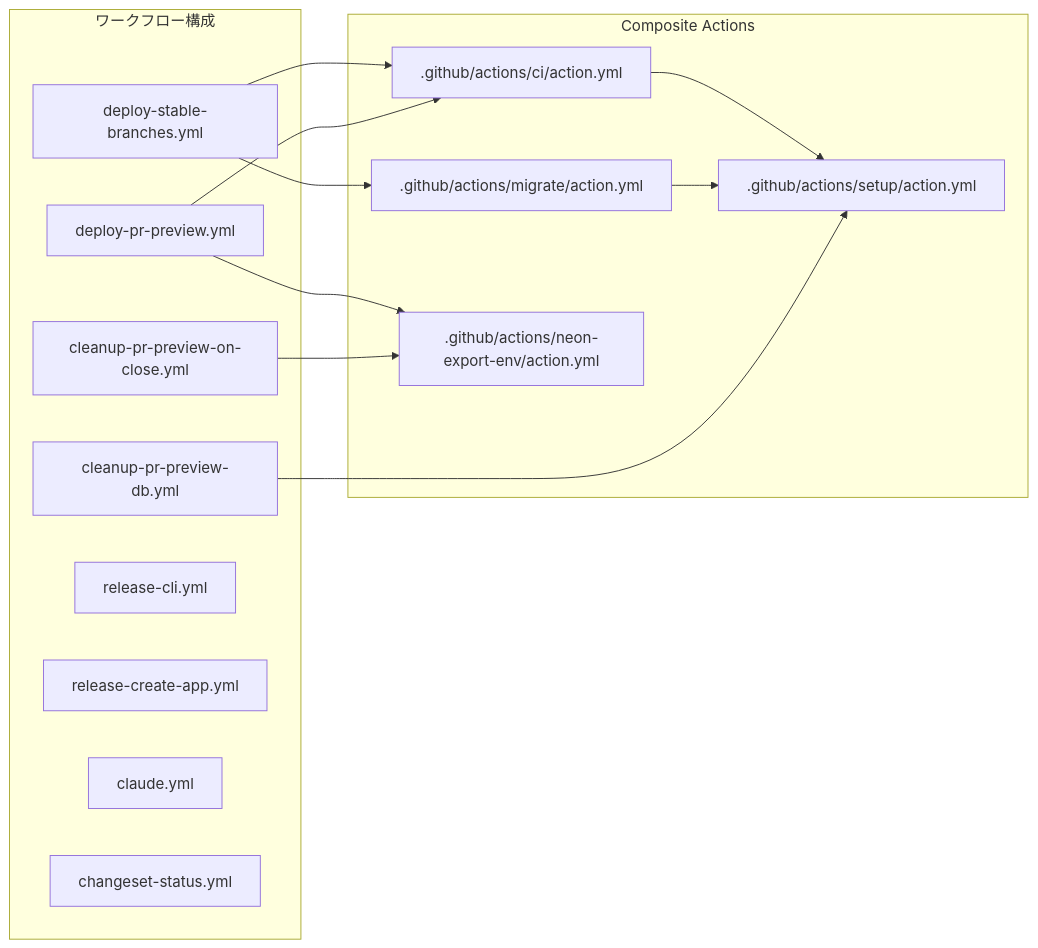
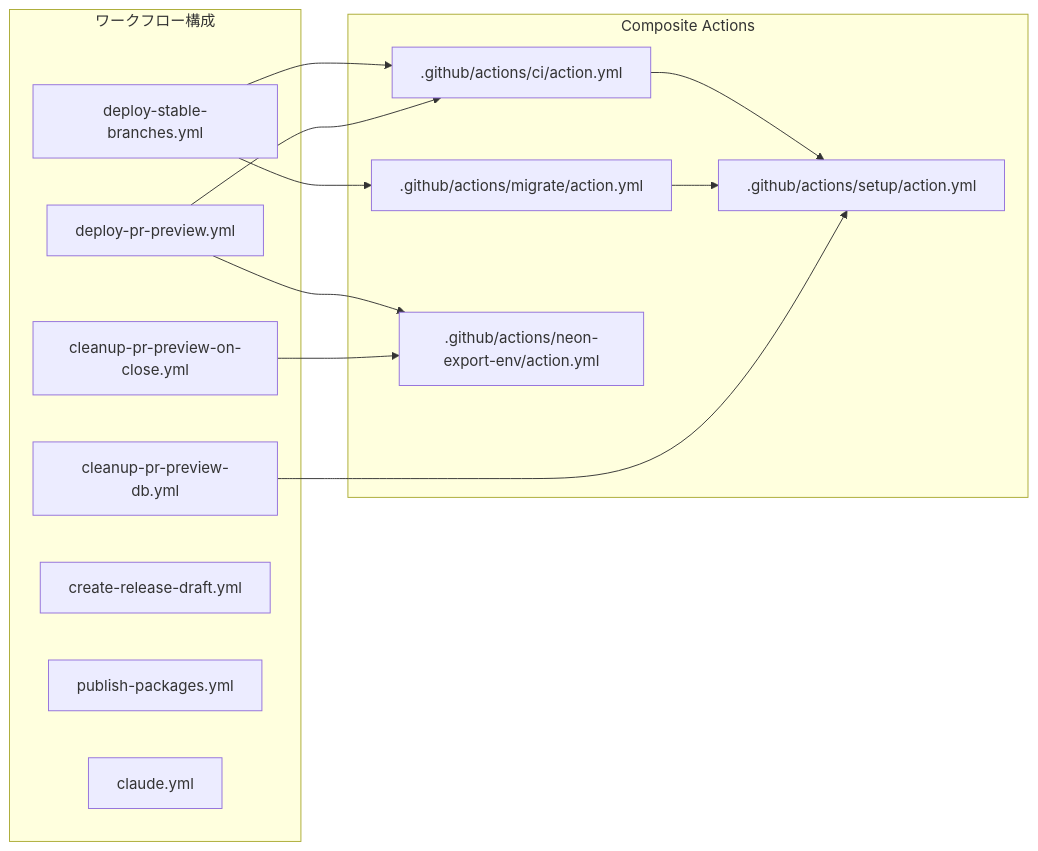
Before and after one commit to einja-inc/einja-management-template: the second of 14 diagrams in docs/einja/steering/infrastructure/deployment.md, drawn with Mermaid. The commit also changed other lines of this file and 11 other files, not shown here.

First line of the commit message:
ci: リリースフロー再設計 - draft release + NPMパッケージ自動publish

````diff
--- a/docs/einja/steering/infrastructure/deployment.md
+++ b/docs/einja/steering/infrastructure/deployment.md
@@ -127,29 +127,28 @@
 ```mermaid
 graph LR
     subgraph "ワークフロー構成"
         DeployStable[deploy-stable-branches.yml]
         DeployPR[deploy-pr-preview.yml]
         CleanupClose[cleanup-pr-preview-on-close.yml]
         Cleanup[cleanup-pr-preview-db.yml]
-        ReleaseCLI[release-cli.yml]
-        ReleaseApp[release-create-app.yml]
+        CreateDraft[create-release-draft.yml]
+        PublishPkgs[publish-packages.yml]
         Claude[claude.yml]
-        ChangesetStatus[changeset-status.yml]
     end
 
     subgraph "Composite Actions"
         SetupAction[.github/actions/setup/action.yml]
         CIAction[.github/actions/ci/action.yml]
         MigrateAction[.github/actions/migrate/action.yml]
         NeonExportEnv[.github/actions/neon-export-env/action.yml]
     end
 
     DeployStable --> CIAction
     DeployStable --> MigrateAction
     DeployPR --> CIAction
     DeployPR --> NeonExportEnv
     CleanupClose --> NeonExportEnv
     CIAction --> SetupAction
     MigrateAction --> SetupAction
     Cleanup --> SetupAction
 ```
````
